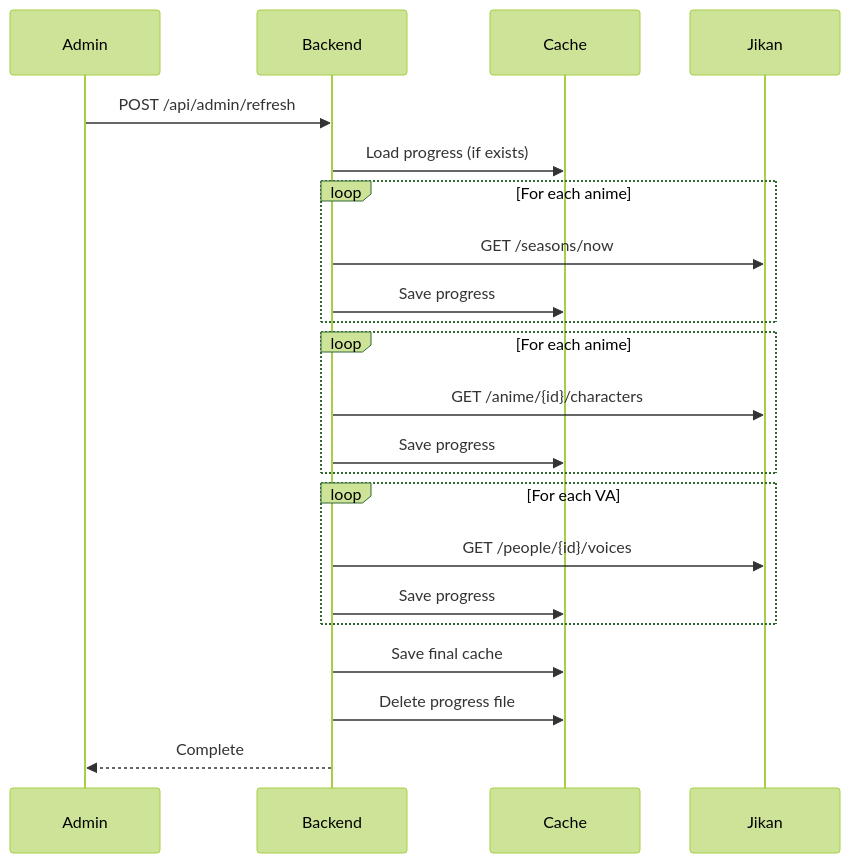
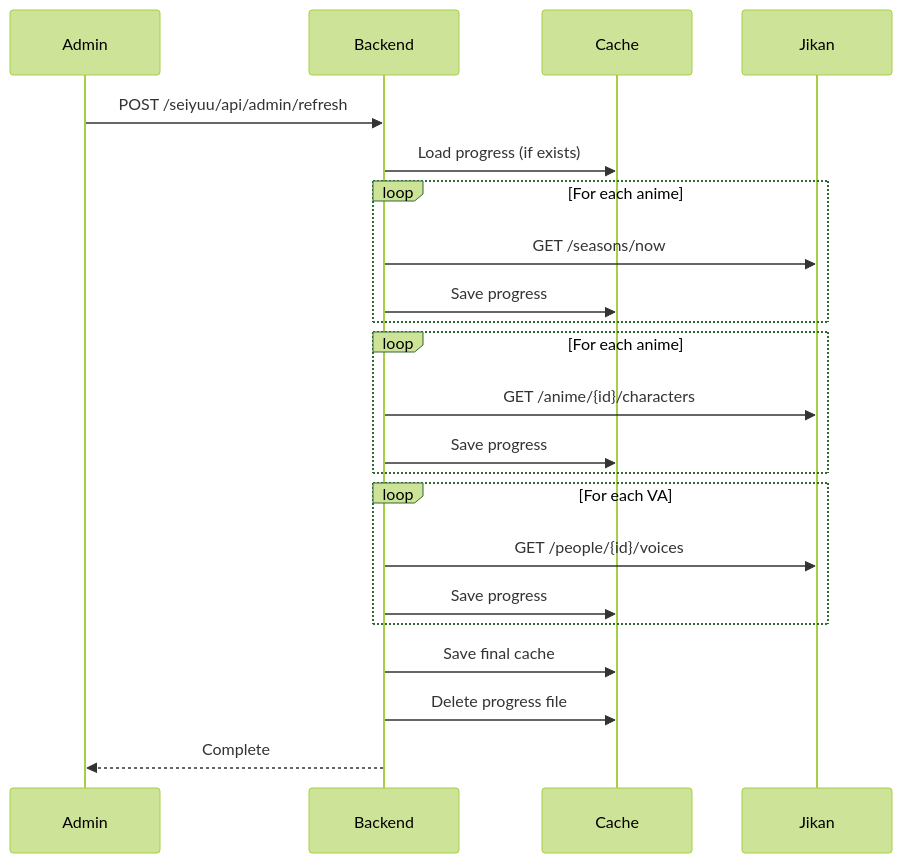
Before and after one commit to Vergo777/seasonal-seiyuu-2025: the diagram in .github/specs/architecture.md, drawn with Mermaid (forest theme). The commit also changed 2 other files, not shown here.

````diff
--- a/.github/specs/architecture.md
+++ b/.github/specs/architecture.md
@@ -67,29 +67,29 @@
 ```mermaid
 sequenceDiagram
     participant Admin
     participant Backend
     participant Cache
     participant Jikan
 
-    Admin->>Backend: POST /api/admin/refresh
+    Admin->>Backend: POST /seiyuu/api/admin/refresh
     Backend->>Cache: Load progress (if exists)
     
     loop For each anime
         Backend->>Jikan: GET /seasons/now
         Backend->>Cache: Save progress
     end
     
     loop For each anime
         Backend->>Jikan: GET /anime/{id}/characters
         Backend->>Cache: Save progress
     end
     
     loop For each VA
         Backend->>Jikan: GET /people/{id}/voices
         Backend->>Cache: Save progress
     end
     
     Backend->>Cache: Save final cache
     Backend->>Cache: Delete progress file
     Backend-->>Admin: Complete
 ```
````
